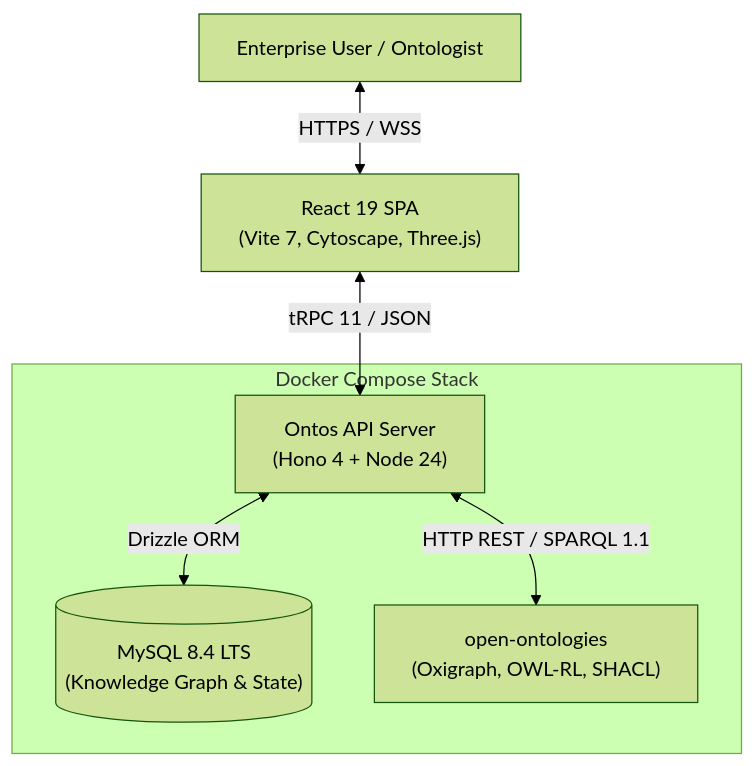
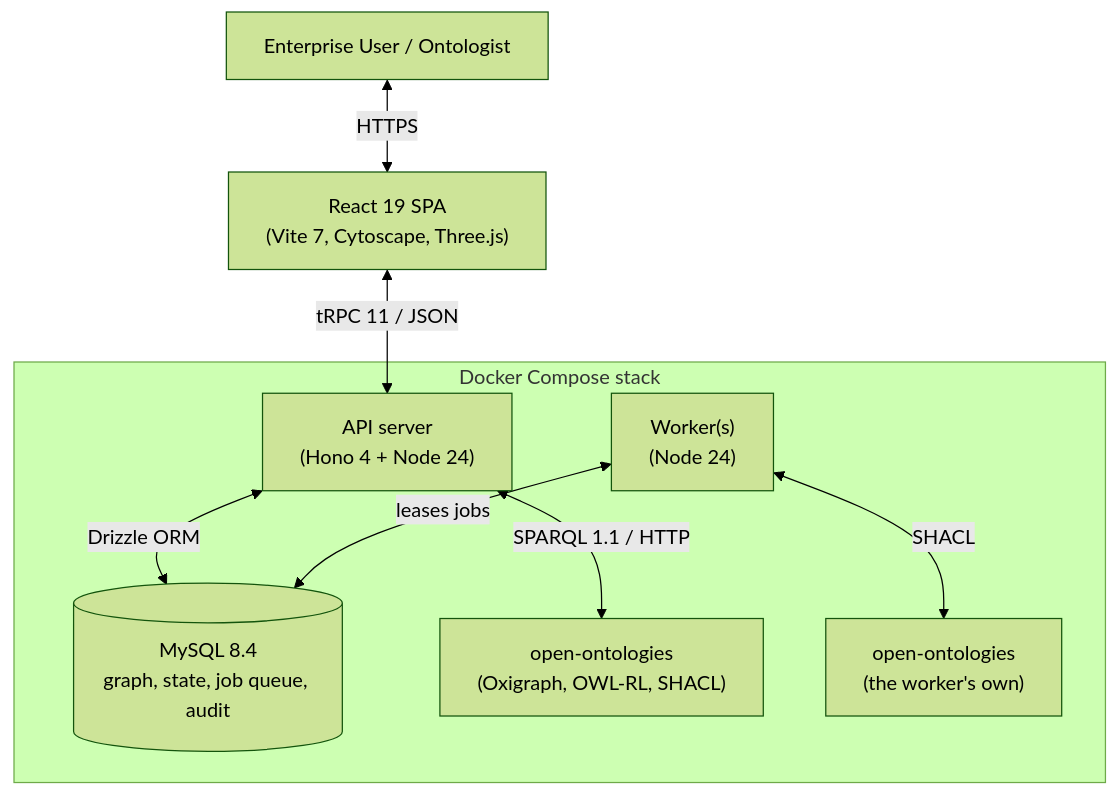
One commit to WrdCstlg/ontos-digital-twin changed the diagram in README.md. Above: the diagram before and after it, drawn with Mermaid (forest theme). The commit also changed other lines of this file and 57 other files, not shown here.

First line of the commit message:
feat: move imports onto a job queue run by worker processes (increment 1)

````diff
--- a/README.md
+++ b/README.md
@@ -56,13 +60,17 @@
 ```mermaid
 graph TD
-    User["Enterprise User / Ontologist"] <-->|HTTPS / WSS| Web["React 19 SPA<br/>(Vite 7, Cytoscape, Three.js)"]
-    Web <-->|tRPC 11 / JSON| Hono["Ontos API Server<br/>(Hono 4 + Node 24)"]
-    Hono <-->|Drizzle ORM| MySQL[("MySQL 8.4 LTS<br/>(Knowledge Graph & State)")]
-    Hono <-->|HTTP REST / SPARQL 1.1| Engine["open-ontologies<br/>(Oxigraph, OWL-RL, SHACL)"]
-    
-    subgraph Compose ["Docker Compose Stack"]
+    User["Enterprise User / Ontologist"] <-->|HTTPS| Web["React 19 SPA<br/>(Vite 7, Cytoscape, Three.js)"]
+    Web <-->|tRPC 11 / JSON| Hono["API server<br/>(Hono 4 + Node 24)"]
+    Hono <-->|Drizzle ORM| MySQL[("MySQL 8.4<br/>graph, state, job queue, audit")]
+    Hono <-->|SPARQL 1.1 / HTTP| Engine["open-ontologies<br/>(Oxigraph, OWL-RL, SHACL)"]
+    Worker["Worker(s)<br/>(Node 24)"] <-->|leases jobs| MySQL
+    Worker <-->|SHACL| EngineW["open-ontologies<br/>(the worker's own)"]
+
+    subgraph Compose ["Docker Compose stack"]
         Hono
+        Worker
         MySQL
         Engine
+        EngineW
     end
 ```
````
